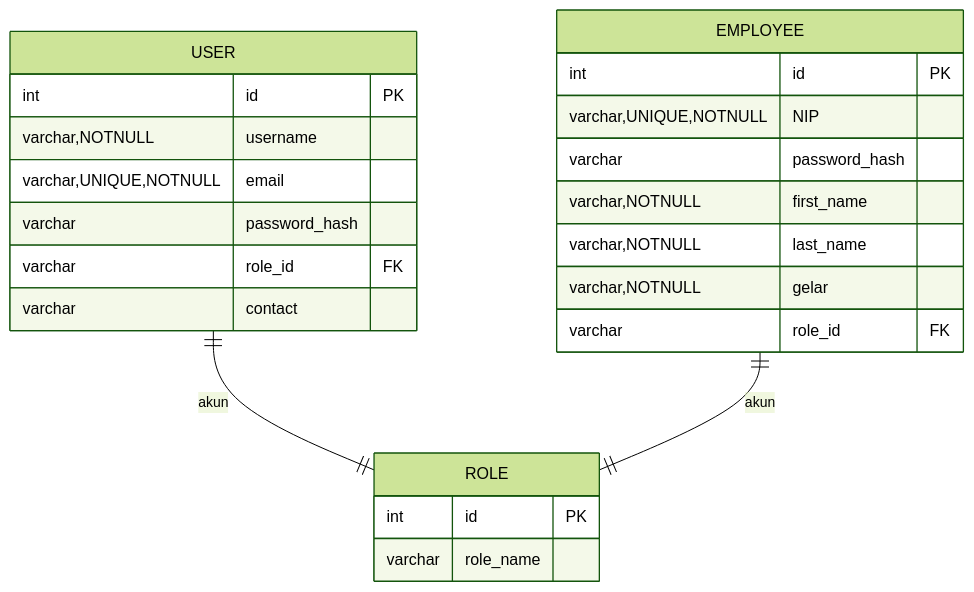
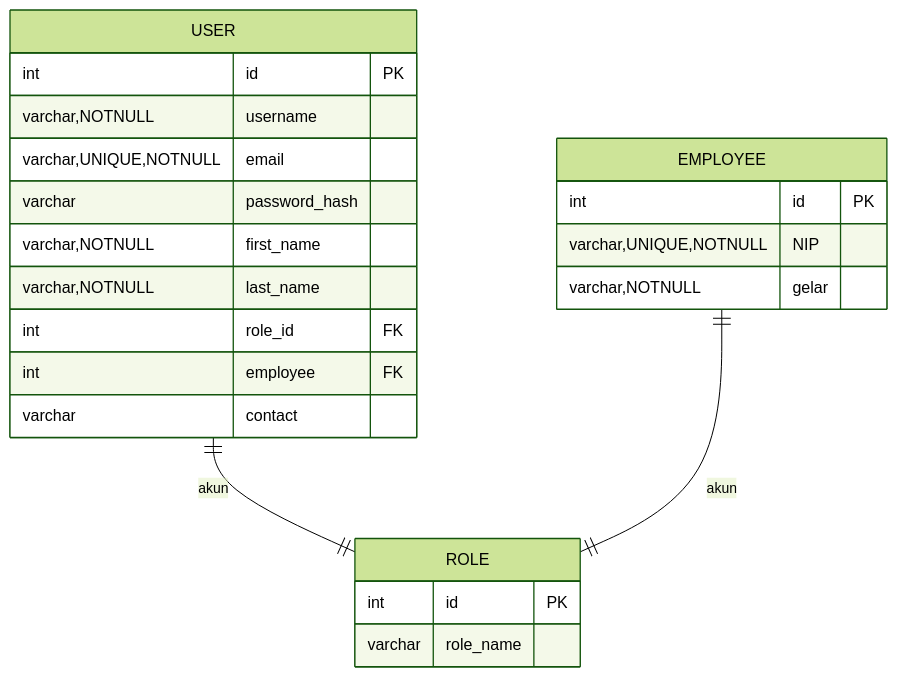
Before and after one commit to asasonda/koda-b1-db4: the diagram in README.md, drawn with Mermaid (forest theme).

Commit message:
feat users role employee

````diff
--- a/README.md
+++ b/README.md
@@ -1,29 +1,28 @@
 ```mermaid
 erDiagram
     USER ||--|| ROLE : akun
     EMPLOYEE ||--|| ROLE : akun
 
     USER{
         int id PK
         varchar,NOTNULL username
         varchar,UNIQUE,NOTNULL email
         varchar password_hash
-        varchar role_id FK
+        varchar,NOTNULL first_name
+        varchar,NOTNULL last_name
+        int role_id FK
+        int employee FK
         varchar contact
     }
 
     ROLE{
         int id PK
         varchar role_name
     }
 
     EMPLOYEE{
         int id PK
         varchar,UNIQUE,NOTNULL NIP
-        varchar password_hash
-        varchar,NOTNULL first_name
-        varchar,NOTNULL last_name
         varchar,NOTNULL gelar
-        varchar role_id FK
     }
 ```
````
